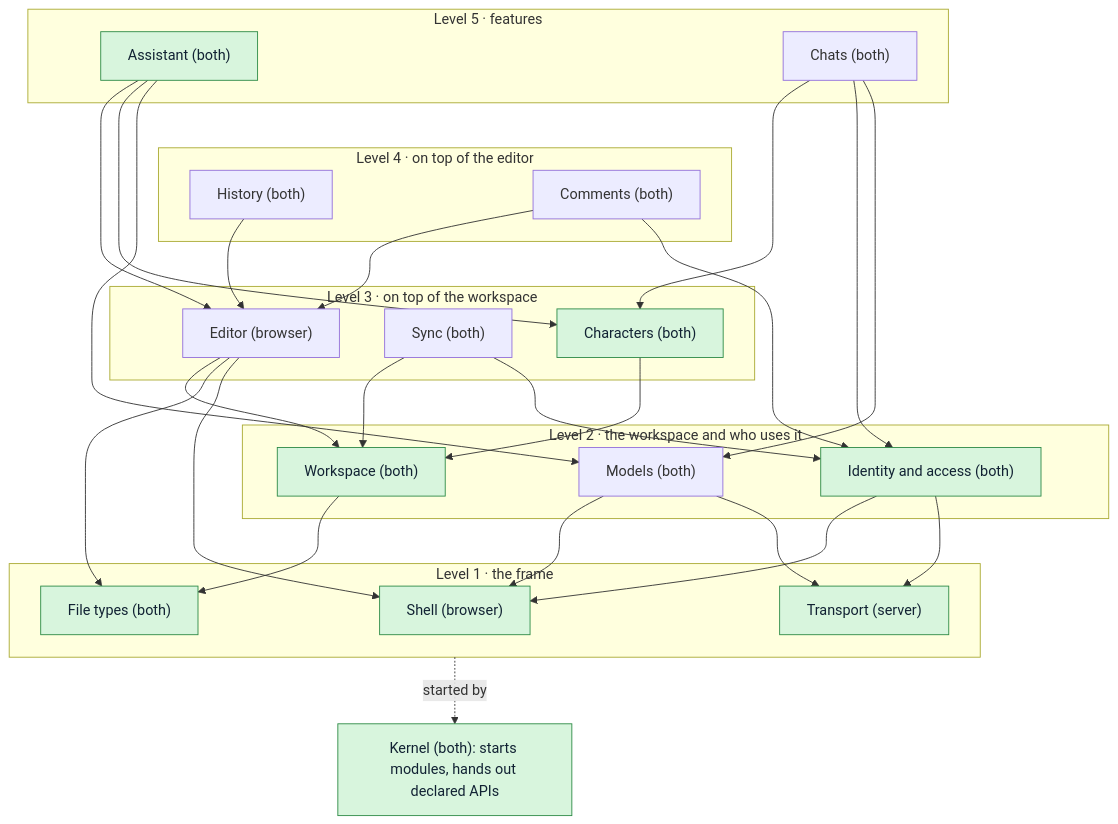
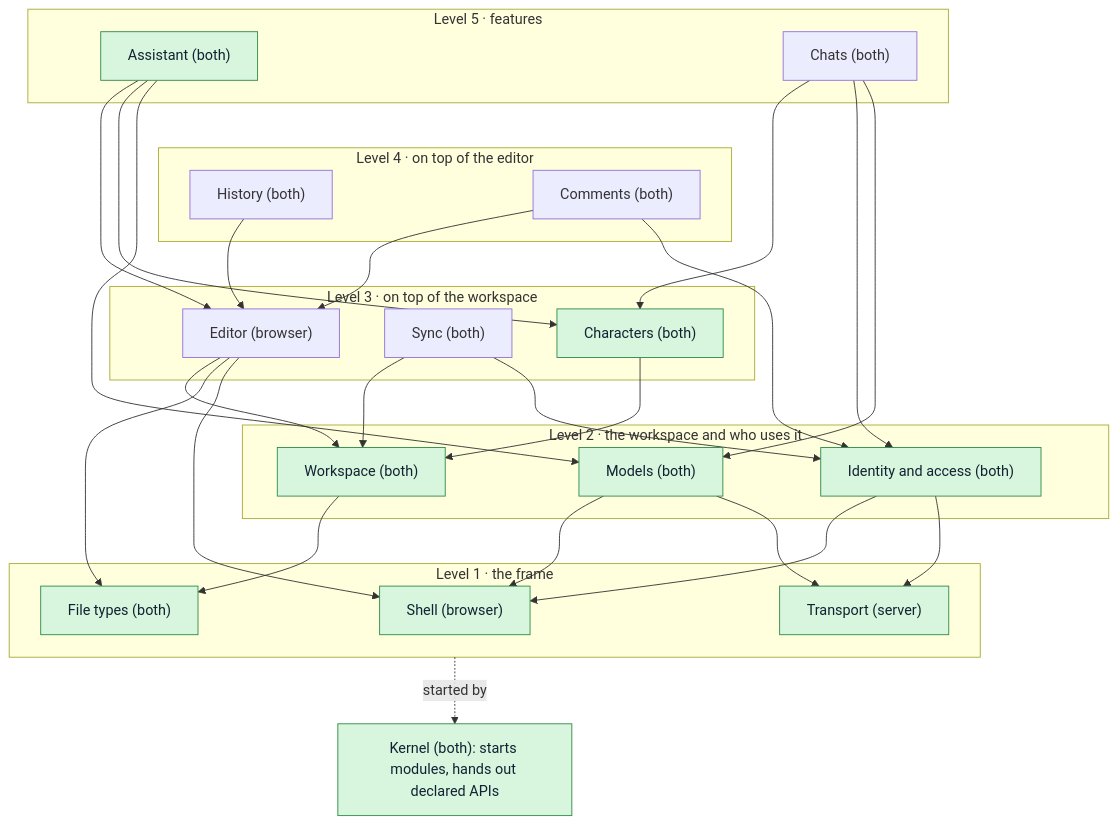
Before and after one commit to RustColeone/StiloMarker: the first of 5 diagrams in docs/ARCHITECTURE.md, drawn with Mermaid. The commit also changed other lines of this file and 32 other files, not shown here.

````diff
--- a/docs/ARCHITECTURE.md
+++ b/docs/ARCHITECTURE.md
@@ -52,43 +52,43 @@
 ```mermaid
 flowchart TB
   subgraph L5["Level 5 · features"]
     Assistant["Assistant (both)"]
     Chats["Chats (both)"]
   end
   subgraph L4["Level 4 · on top of the editor"]
     History["History (both)"]
     Comments["Comments (both)"]
   end
   subgraph L3["Level 3 · on top of the workspace"]
     Editor["Editor (browser)"]
     Sync["Sync (both)"]
     Characters["Characters (both)"]
   end
   subgraph L2["Level 2 · the workspace and who uses it"]
     Workspace["Workspace (both)"]
     Identity["Identity and access (both)"]
     Models["Models (both)"]
   end
   subgraph L1["Level 1 · the frame"]
     Shell["Shell (browser)"]
     Transport["Transport (server)"]
     FileTypes["File types (both)"]
   end
   Kernel["Kernel (both): starts modules, hands out declared APIs"]
 
   Assistant --> Editor & Characters & Models
   Chats --> Characters & Identity & Models
   History --> Editor
   Comments --> Editor & Identity
   Editor --> Workspace & FileTypes & Shell
   Characters --> Workspace
   Sync --> Workspace & Identity
   Workspace --> FileTypes
   Identity --> Shell & Transport
   Models --> Shell & Transport
   L1 -.started by.-> Kernel
   L5 ~~~ L4 ~~~ L3 ~~~ L2 ~~~ L1
 
   classDef built fill:#d8f5dd,stroke:#2e8b47,color:#123;
-  class Shell,Transport,FileTypes,Workspace,Identity,Characters,Assistant,Kernel built;
+  class Shell,Transport,FileTypes,Workspace,Identity,Models,Characters,Assistant,Kernel built;
 ```
````
